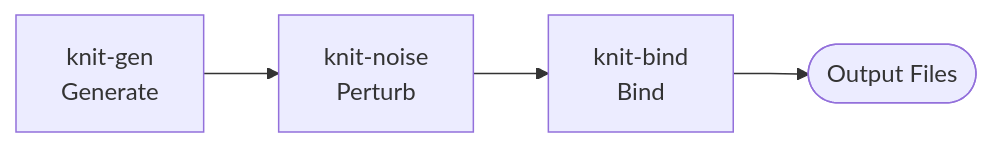
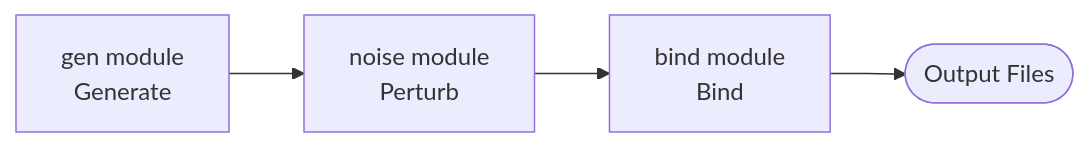
Before and after one commit to Yaming-Hub/knit: the first of 5 diagrams in docs/design-bind.md, drawn with Mermaid. The commit also changed other lines of this file and 10 other files, not shown here.

````diff
--- a/docs/design-bind.md
+++ b/docs/design-bind.md
@@ -15,4 +15,4 @@
 ```mermaid
 flowchart LR
-    gen[knit-gen\nGenerate] --> noise[knit-noise\nPerturb] --> bind[knit-bind\nBind] --> output([Output Files])
+    gen[gen module\nGenerate] --> noise[noise module\nPerturb] --> bind[bind module\nBind] --> output([Output Files])
 ```
````
